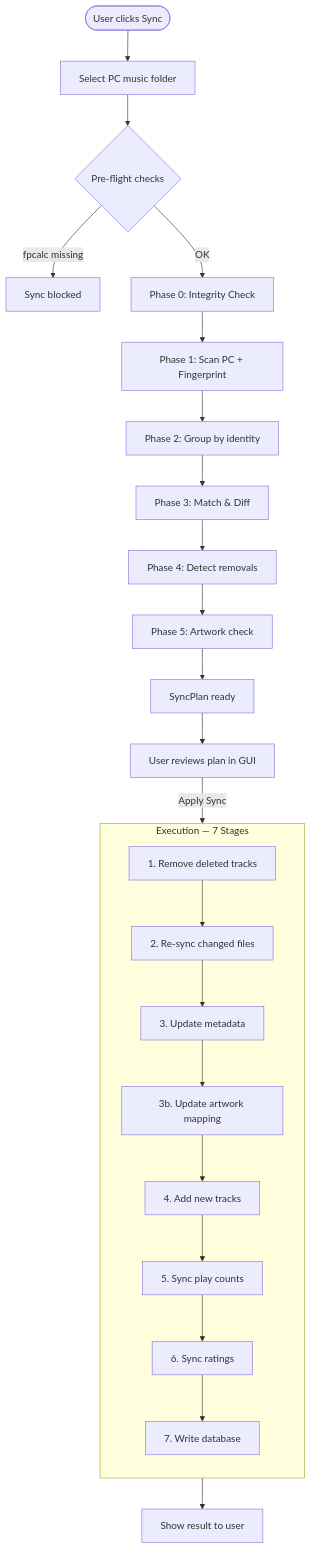
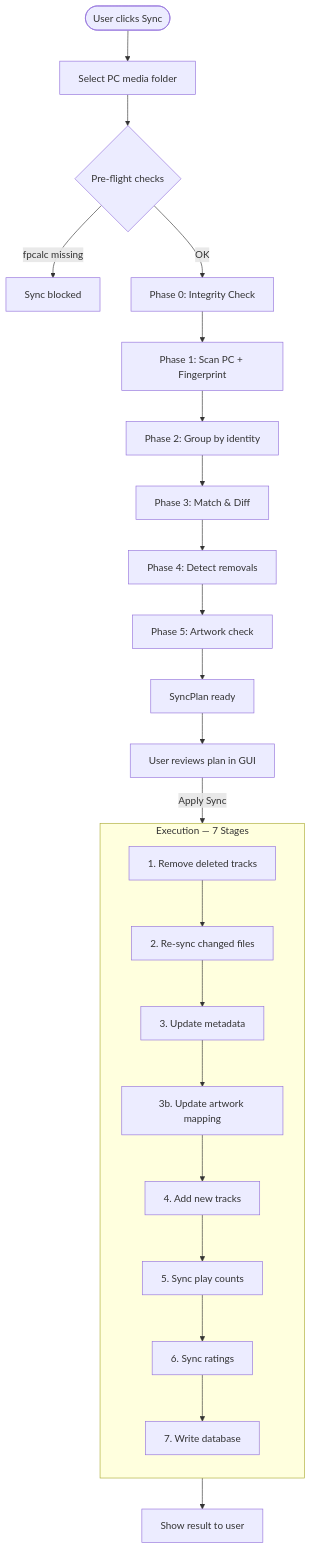
One commit to B0N3head/iOpenPod-Performance changed the second of 9 diagrams in docs/SYNC.md. Above: the diagram before and after it, drawn with Mermaid. The commit also changed other lines of this file and 9 other files, not shown here.

````diff
--- a/docs/SYNC.md
+++ b/docs/SYNC.md
@@ -64,30 +64,30 @@
 ```mermaid
 flowchart TD
-    START([User clicks Sync]) --> FOLDER[Select PC music folder]
+    START([User clicks Sync]) --> FOLDER[Select PC media folder]
     FOLDER --> PREFLIGHT{Pre-flight checks}
     PREFLIGHT -- "fpcalc missing" --> BLOCK[Sync blocked]
     PREFLIGHT -- OK --> INTEGRITY[Phase 0: Integrity Check]
     INTEGRITY --> SCAN[Phase 1: Scan PC + Fingerprint]
     SCAN --> GROUP[Phase 2: Group by identity]
     GROUP --> DIFF[Phase 3: Match & Diff]
     DIFF --> REMOVE_DETECT[Phase 4: Detect removals]
     REMOVE_DETECT --> ART_CHECK[Phase 5: Artwork check]
     ART_CHECK --> PLAN[SyncPlan ready]
     PLAN --> REVIEW[User reviews plan in GUI]
     REVIEW -- "Apply Sync" --> EXEC
 
     subgraph EXEC [Execution — 7 Stages]
         direction TB
         S1["1. Remove deleted tracks"]
         S2["2. Re-sync changed files"]
         S3["3. Update metadata"]
         S3b["3b. Update artwork mapping"]
         S4["4. Add new tracks"]
         S5["5. Sync play counts"]
         S6["6. Sync ratings"]
         S7["7. Write database"]
         S1 --> S2 --> S3 --> S3b --> S4 --> S5 --> S6 --> S7
     end
 
     S7 --> RESULT[Show result to user]
 ```
````
